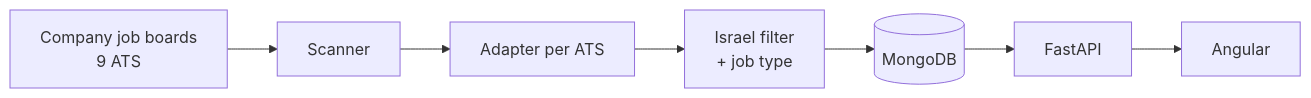
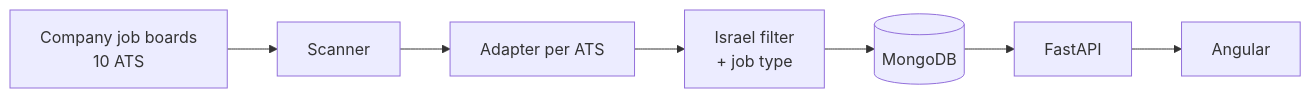
One commit to Moshik520/job-radar changed the diagram in README.md. Above: the diagram before and after it, drawn with Mermaid. The commit also changed other lines of this file and 7 other files, not shown here.

````diff
--- a/README.md
+++ b/README.md
@@ -26,9 +26,9 @@
 ```mermaid
 flowchart LR
-    ATS[Company job boards<br/>9 ATS] --> SC[Scanner]
+    ATS[Company job boards<br/>10 ATS] --> SC[Scanner]
     SC --> AD[Adapter per ATS]
     AD --> F[Israel filter<br/>+ job type]
     F --> DB[(MongoDB)]
     DB --> API[FastAPI]
     API --> UI[Angular]
 ```
````
